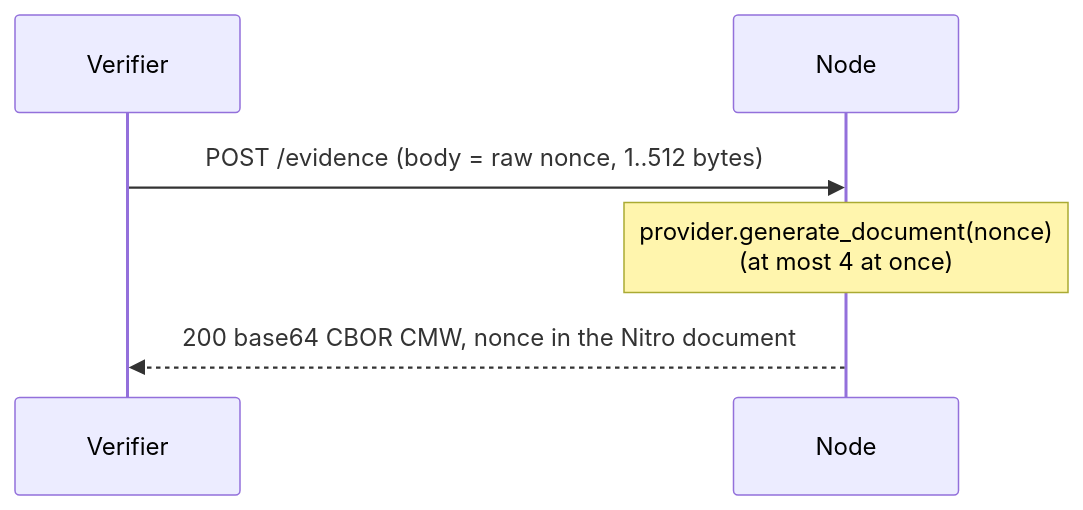
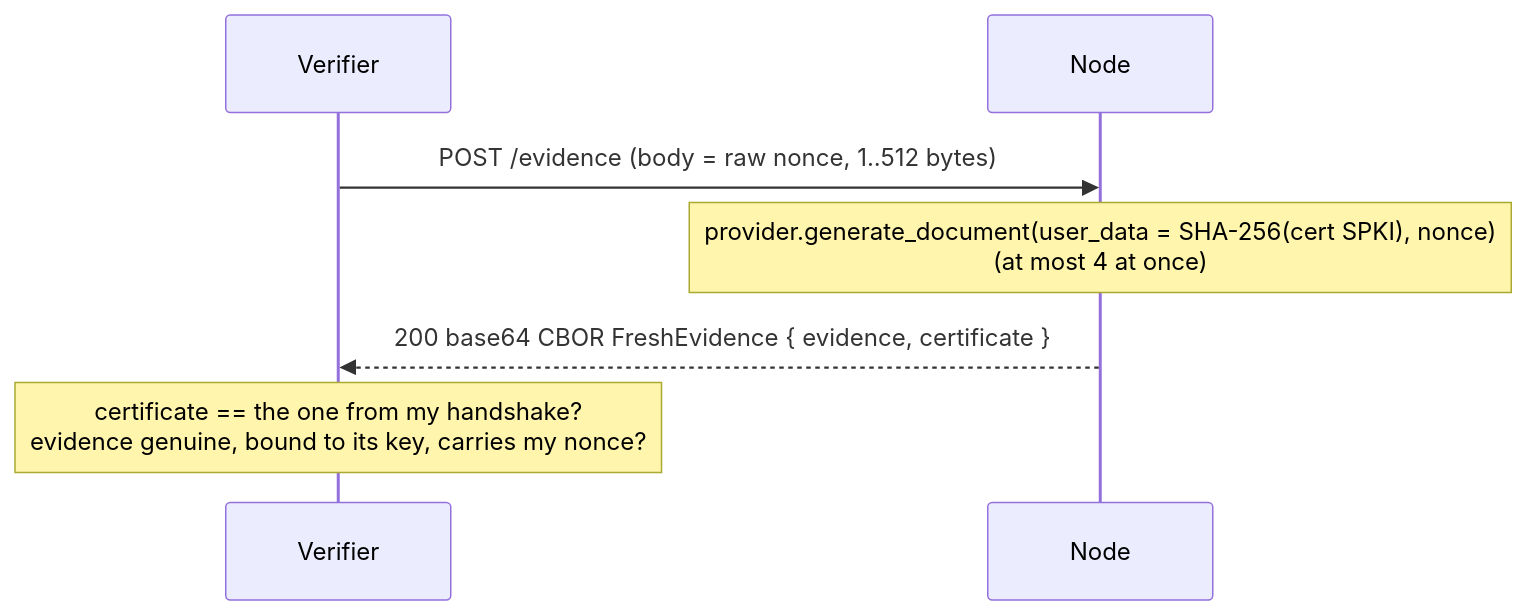
Before and after one commit to Lanetus/TTKServer: the fifth of 11 diagrams in docs/src/ARCHITECTURE.md, drawn with Mermaid. The commit also changed other lines of this file and 14 other files, not shown here.

First line of the commit message:
feat: update the mdBook architecture docs to the current workspace (#94)

````diff
--- a/docs/src/ARCHITECTURE.md
+++ b/docs/src/ARCHITECTURE.md
@@ -231,8 +253,9 @@
 ```mermaid
 sequenceDiagram
     participant V as Verifier
     participant N as Node
     V->>N: POST /evidence (body = raw nonce, 1..512 bytes)
-    Note over N: provider.generate_document(nonce)<br/>(at most 4 at once)
-    N-->>V: 200 base64 CBOR CMW, nonce in the Nitro document
+    Note over N: provider.generate_document(user_data = SHA-256(cert SPKI), nonce)<br/>(at most 4 at once)
+    N-->>V: 200 base64 CBOR FreshEvidence { evidence, certificate }
+    Note over V: certificate == the one from my handshake?<br/>evidence genuine, bound to its key, carries my nonce?
 ```
````
